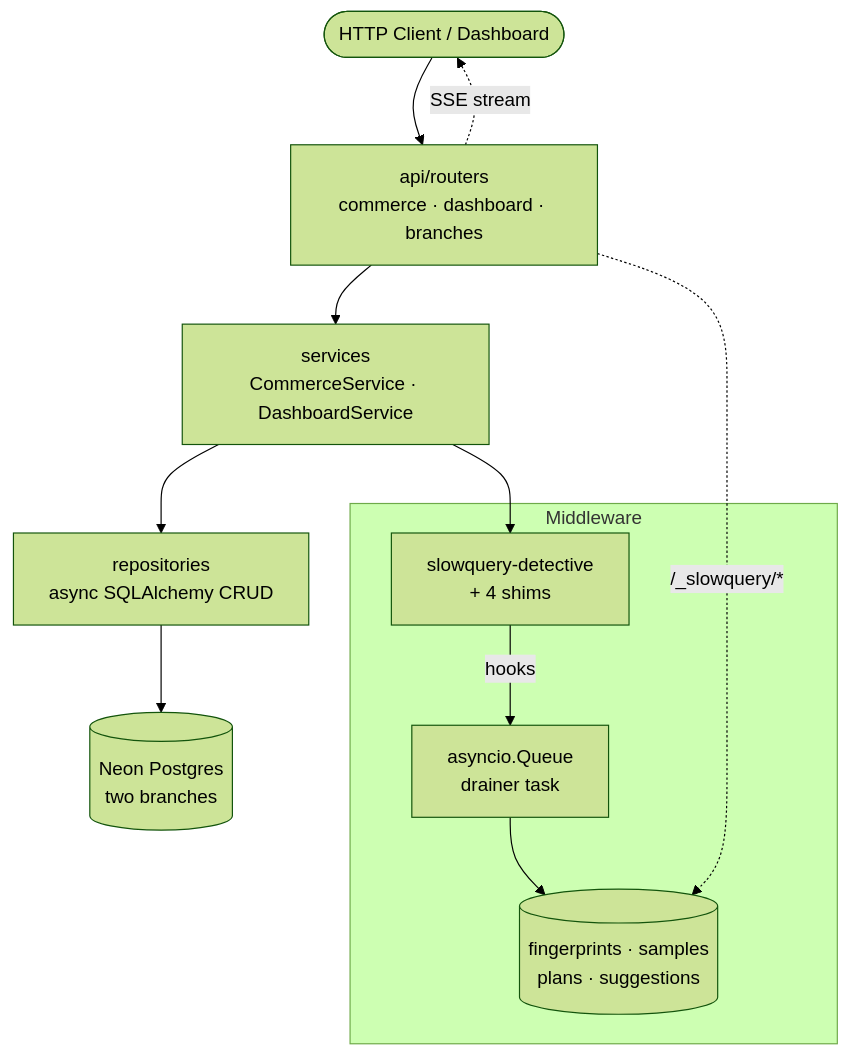
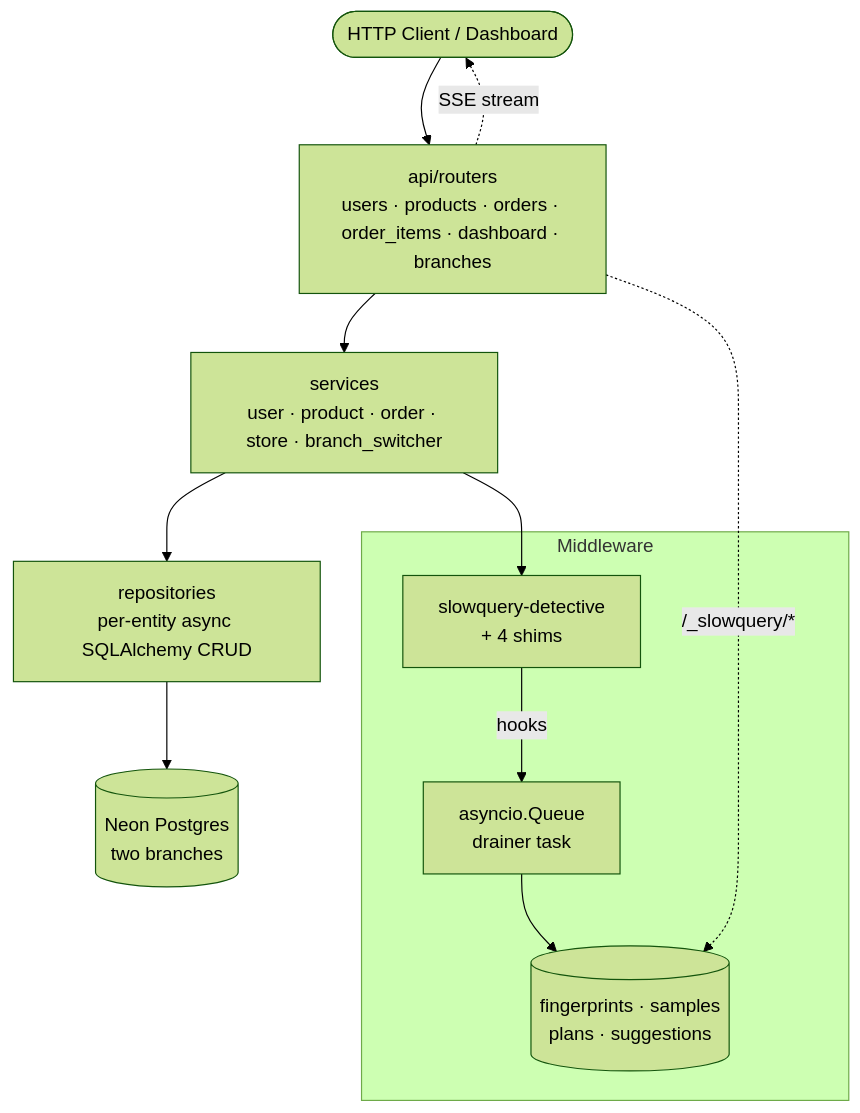
The first of 3 diagrams in README.md (Abdul-Muizz1310/slowquery-demo-backend), drawn with Mermaid (forest theme) before and after one commit. The commit also changed other lines of this file and 20 other files, not shown here.

````diff
--- a/README.md
+++ b/README.md
@@ -64,16 +64,16 @@
 ```mermaid
 flowchart TD
-    Client([HTTP Client / Dashboard]) --> Routers[api/routers<br/>commerce · dashboard · branches]
-    Routers --> Services[services<br/>CommerceService · DashboardService]
-    Services --> Repos[repositories<br/>async SQLAlchemy CRUD]
+    Client([HTTP Client / Dashboard]) --> Routers[api/routers<br/>users · products · orders · order_items · dashboard · branches]
+    Routers --> Services[services<br/>user · product · order · store · branch_switcher]
+    Services --> Repos[repositories<br/>per-entity async SQLAlchemy CRUD]
     Repos --> Neon[(Neon Postgres<br/>two branches)]
 
     subgraph Middleware
         MW[slowquery-detective<br/>+ 4 shims] -->|hooks| Queue[asyncio.Queue<br/>drainer task]
         Queue --> Bookkeeping[(fingerprints · samples<br/>plans · suggestions)]
     end
 
     Routers -.->|/_slowquery/*| Bookkeeping
     Routers -.->|SSE stream| Client
     Services --> MW
 ```
````
